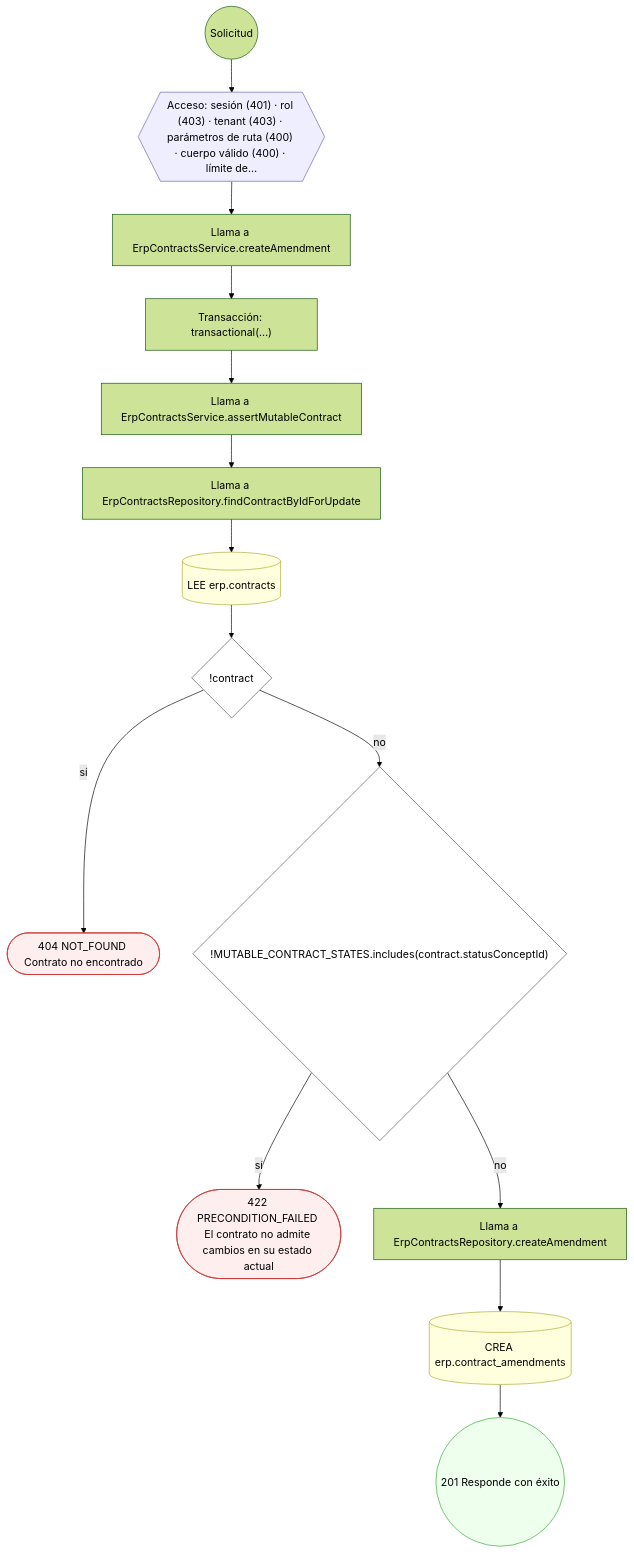
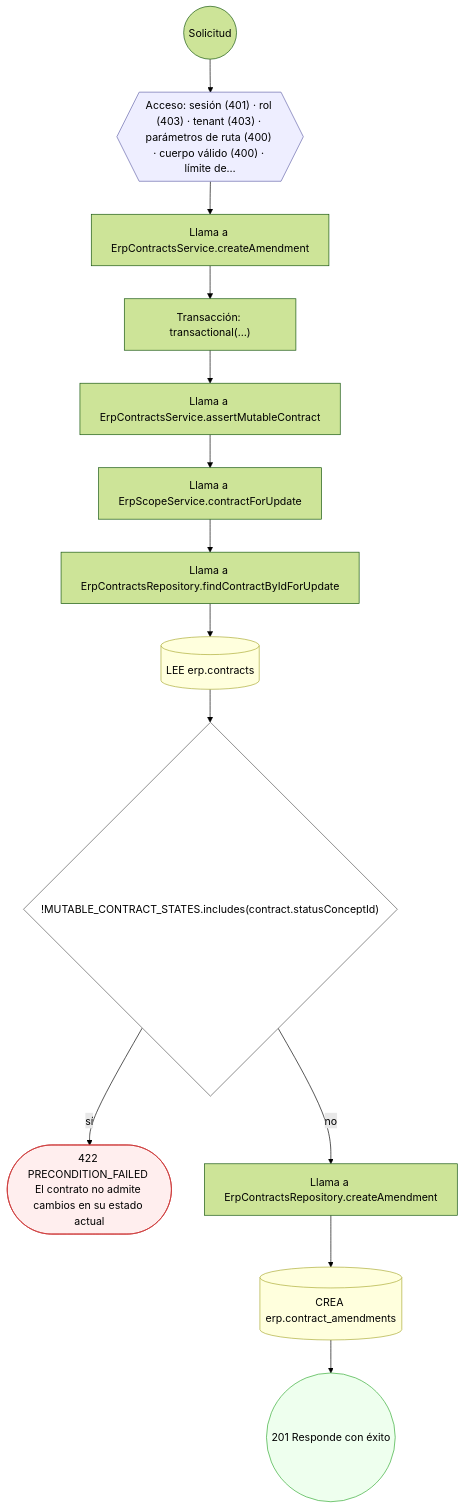
One commit to mdavila-2001/mantra-core-health-api changed the sixth of 16 diagrams in docs/inventario/flujos/erp.md. Above: the diagram before and after it, drawn with Mermaid (forest theme). The commit also changed other lines of this file and 438 other files, not shown here.

````diff
--- a/docs/inventario/flujos/erp.md
+++ b/docs/inventario/flujos/erp.md
@@ -448,36 +485,34 @@
 ```mermaid
 flowchart TD
   n1(("Solicitud")):::inicio
   n2{{"Acceso: sesión (401) · rol (403) · tenant (403) · parámetros de ruta (400) · cuerpo válido (400) · límite de…"}}:::acceso
   n1 --> n2
   n3["Llama a ErpContractsService.createAmendment"]:::llamada
   n2 --> n3
   n4["Transacción: transactional(…)"]:::transaccion
   n3 --> n4
   n5["Llama a ErpContractsService.assertMutableContract"]:::llamada
   n4 --> n5
-  n6["Llama a ErpContractsRepository.findContractByIdForUpdate"]:::llamada
+  n6["Llama a ErpScopeService.contractForUpdate"]:::llamada
   n5 --> n6
-  n7[("LEE erp.contracts")]:::efecto
+  n7["Llama a ErpContractsRepository.findContractByIdForUpdate"]:::llamada
   n6 --> n7
-  n8{"!contract"}:::decision
+  n8[("LEE erp.contracts")]:::efecto
   n7 --> n8
-  n9(["404 NOT_FOUND Contrato no encontrado"]):::error
-  n8 -->|"sí"| n9
-  n10{"!MUTABLE_CONTRACT_STATES.includes(contract.statusConceptId)"}:::decision
-  n8 -->|"no"| n10
-  n11(["422 PRECONDITION_FAILED El contrato no admite cambios en su estado actual"]):::error
-  n10 -->|"sí"| n11
-  n12["Llama a ErpContractsRepository.createAmendment"]:::llamada
-  n10 -->|"no"| n12
-  n13[("CREA erp.contract_amendments")]:::efecto
+  n9{"!MUTABLE_CONTRACT_STATES.includes(contract.statusConceptId)"}:::decision
+  n8 --> n9
+  n10(["422 PRECONDITION_FAILED El contrato no admite cambios en su estado actual"]):::error
+  n9 -->|"sí"| n10
+  n11["Llama a ErpContractsRepository.createAmendment"]:::llamada
+  n9 -->|"no"| n11
+  n12[("CREA erp.contract_amendments")]:::efecto
+  n11 --> n12
+  n13(("201 Responde con éxito")):::ok
   n12 --> n13
-  n14(("201 Responde con éxito")):::ok
-  n13 --> n14
   classDef acceso fill:#eef,stroke:#66a
   classDef error fill:#fee,stroke:#c33
   classDef ok fill:#efe,stroke:#3a3
   classDef efecto fill:#ffd,stroke:#aa3
   classDef decision fill:#fff,stroke:#555
   classDef corte fill:#eee,stroke:#999,stroke-dasharray: 4
 ```
````
